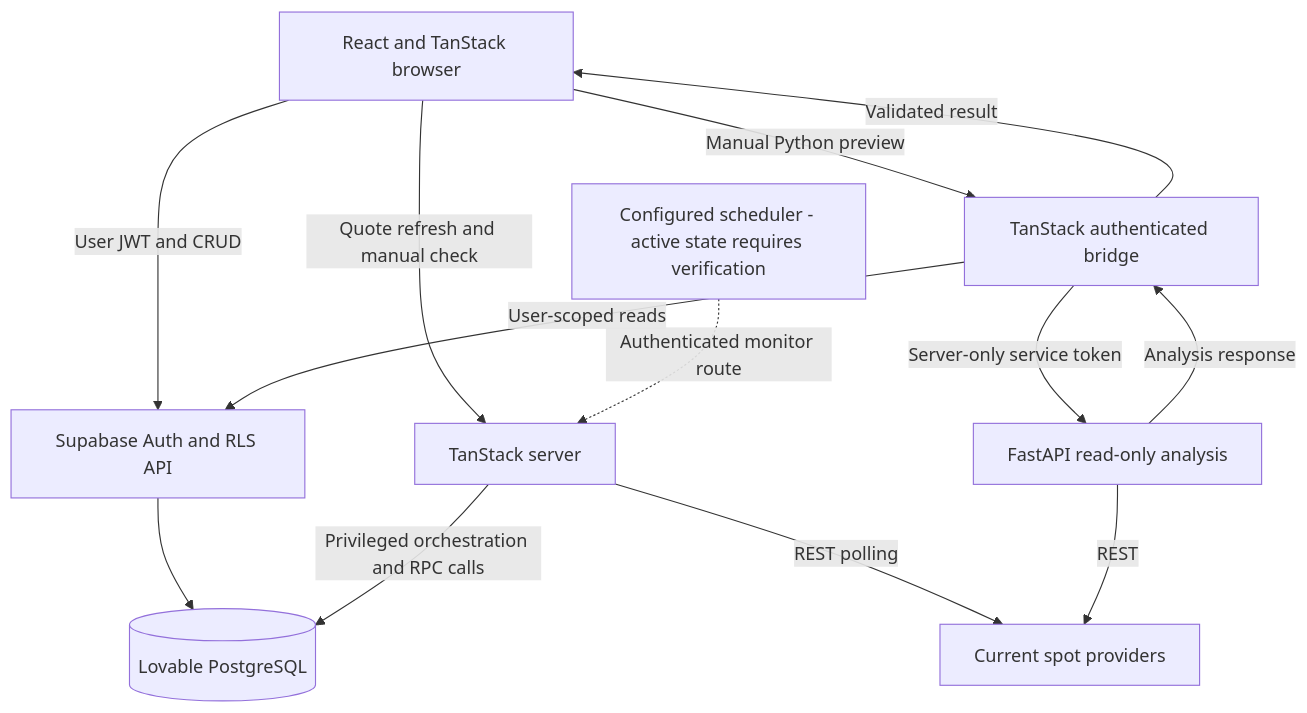
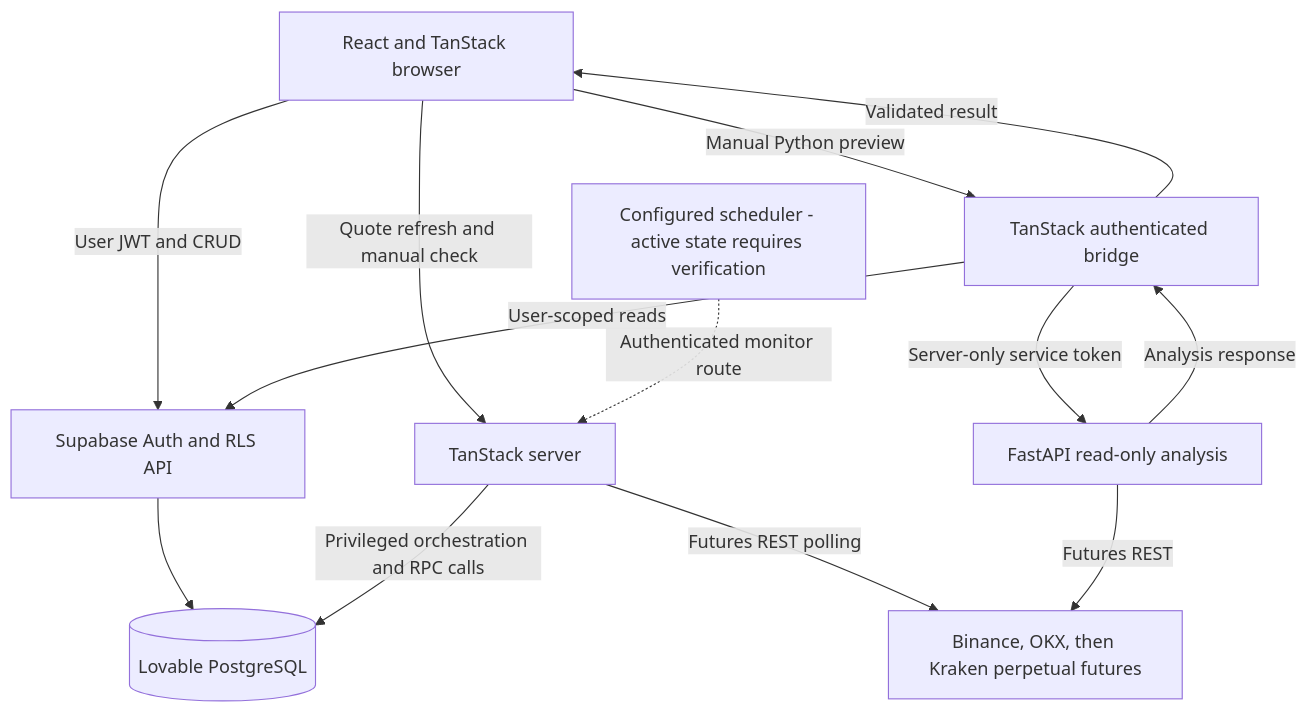
The first of 2 diagrams in docs/product-direction.md (ibrahimjaved12/crypto-watcher), drawn with Mermaid before and after one commit. The commit also changed other lines of this file and 30 other files, not shown here.

Commit message:
Change spot to futures

````diff
--- a/docs/product-direction.md
+++ b/docs/product-direction.md
@@ -166,15 +165,15 @@
 ```mermaid
 flowchart TD
     Browser[React and TanStack browser] -->|User JWT and CRUD|Supabase[Supabase Auth and RLS API]
     Supabase --> Lovable[(Lovable PostgreSQL)]
     Browser -->|Quote refresh and manual check|TS[TanStack server]
     Job[Configured scheduler - active state requires verification] -.->|Authenticated monitor route|TS
-    TS -->|REST polling|Spot[Current spot providers]
+    TS -->|Futures REST polling|Futures[Binance, OKX, then Kraken perpetual futures]
     TS -->|Privileged orchestration and RPC calls|Lovable
     Browser -->|Manual Python preview|Bridge[TanStack authenticated bridge]
     Bridge -->|User-scoped reads|Supabase
     Bridge -->|Server-only service token|API[FastAPI read-only analysis]
-    API -->|REST|Spot
+    API -->|Futures REST|Futures
     API -->|Analysis response|Bridge
     Bridge -->|Validated result|Browser
 ```
````
